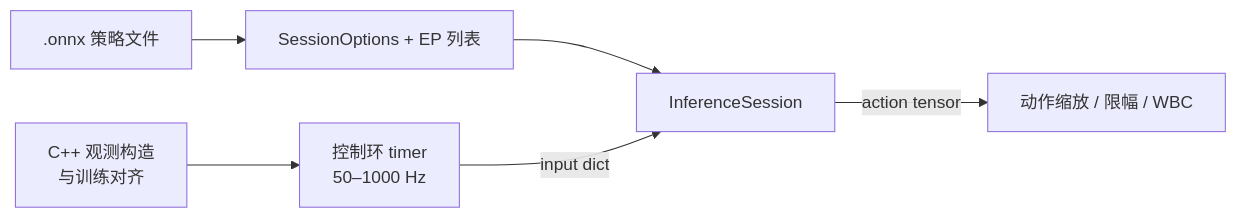
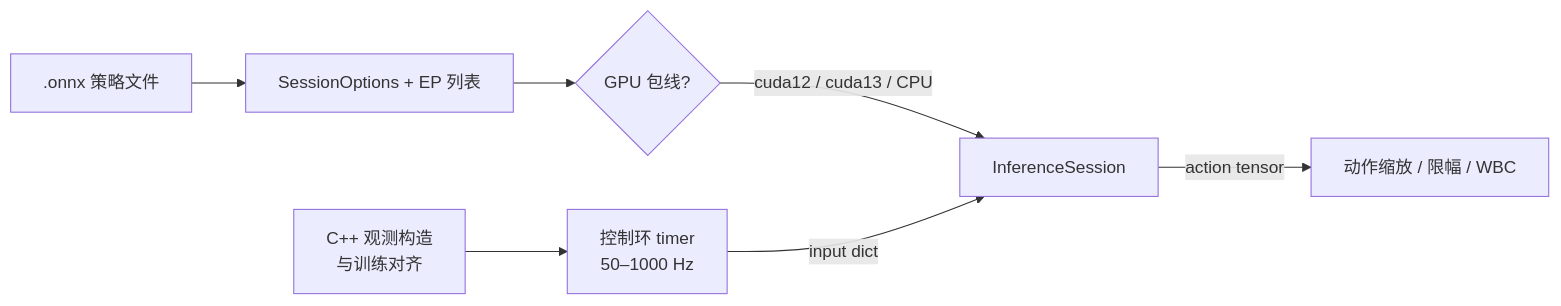
Before and after one commit to ImChong/Robotics_Notebooks: the diagram in wiki/entities/onnxruntime.md, drawn with Mermaid. The commit also changed other lines of this file and 10 other files, not shown here.

First line of the commit message:
[2026-07-26] ingest | sources/repos/onnxruntime-v1.28.0.md — ONNX Runtime 1.28.0（CUDA 13 与轻量部署）

````diff
--- a/wiki/entities/onnxruntime.md
+++ b/wiki/entities/onnxruntime.md
@@ -64,12 +96,14 @@
 ```mermaid
 flowchart LR
   onnx[.onnx 策略文件]
   opts[SessionOptions + EP 列表]
+  pkg{GPU 包线?}
   sess[InferenceSession]
   pre[C++ 观测构造<br/>与训练对齐]
   loop[控制环 timer<br/>50–1000 Hz]
-  onnx --> opts --> sess
+  onnx --> opts --> pkg
+  pkg -->|cuda12 / cuda13 / CPU| sess
   pre --> loop
   loop -->|input dict| sess
   sess -->|action tensor| post[动作缩放 / 限幅 / WBC]
 ```
````
